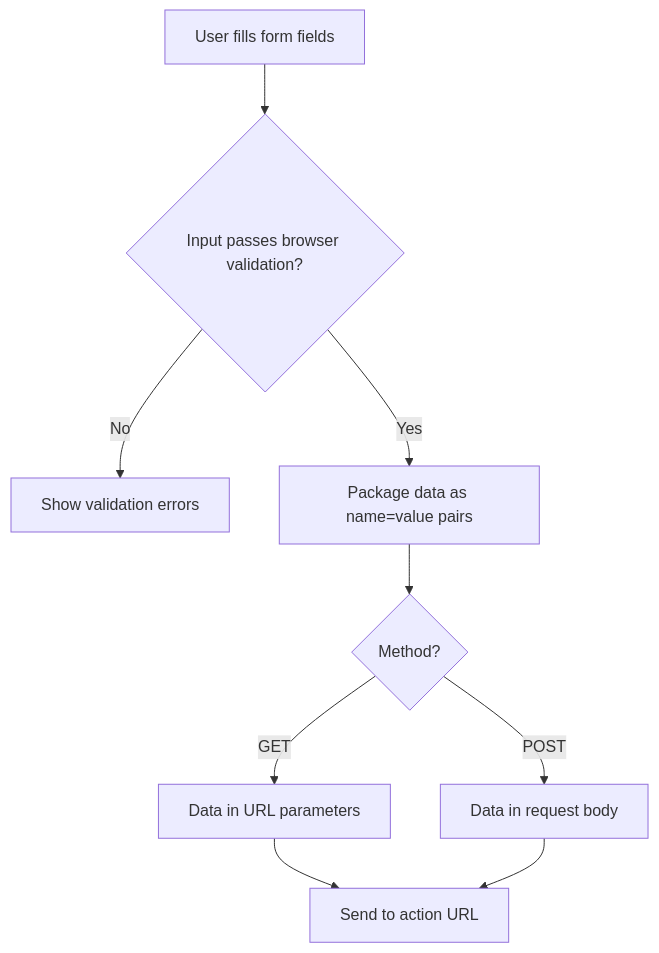
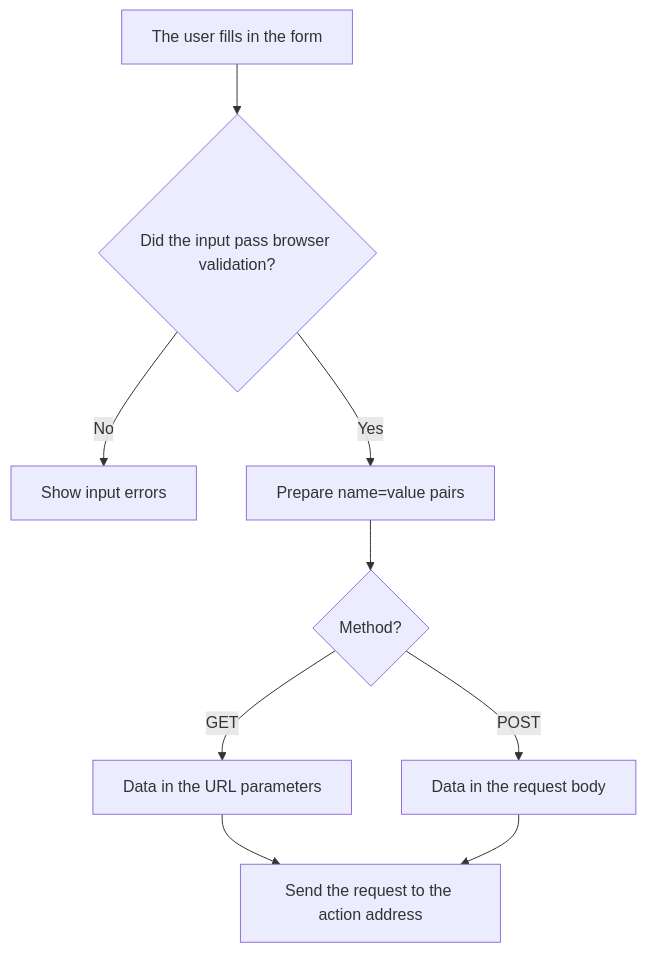
Before and after one commit to JLearn-space/JLearn-docs: the first of 2 diagrams in HTML/Lesson-6/en/Forms part 1.md, drawn with Mermaid. The commit also changed other lines of this file and 148 other files, not shown here.

````diff
--- a/HTML/Lesson-6/en/Forms part 1.md
+++ b/HTML/Lesson-6/en/Forms part 1.md
@@ -51,11 +76,11 @@
 ```mermaid
 flowchart TD
-    A["User fills form fields"] --> B{"Input passes browser validation?"}
-    B -->|No| C["Show validation errors"]
-    B -->|Yes| D["Package data as name=value pairs"]
+    A["The user fills in the form"] --> B{"Did the input pass browser validation?"}
+    B -->|No| C["Show input errors"]
+    B -->|Yes| D["Prepare name=value pairs"]
     D --> E{"Method?"}
-    E -->|GET| F["Data in URL parameters"]
-    E -->|POST| G["Data in request body"]
-    F --> H["Send to action URL"]
+    E -->|GET| F["Data in the URL parameters"]
+    E -->|POST| G["Data in the request body"]
+    F --> H["Send the request to the action address"]
     G --> H
 ```
````
